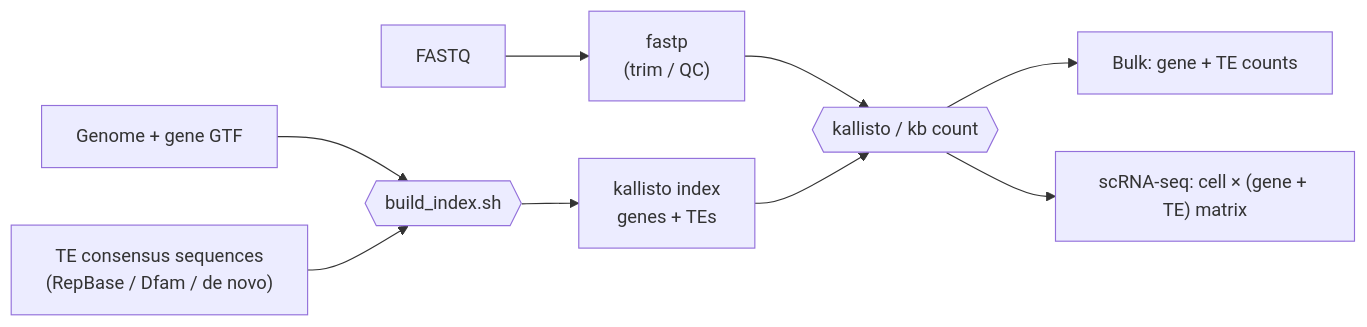
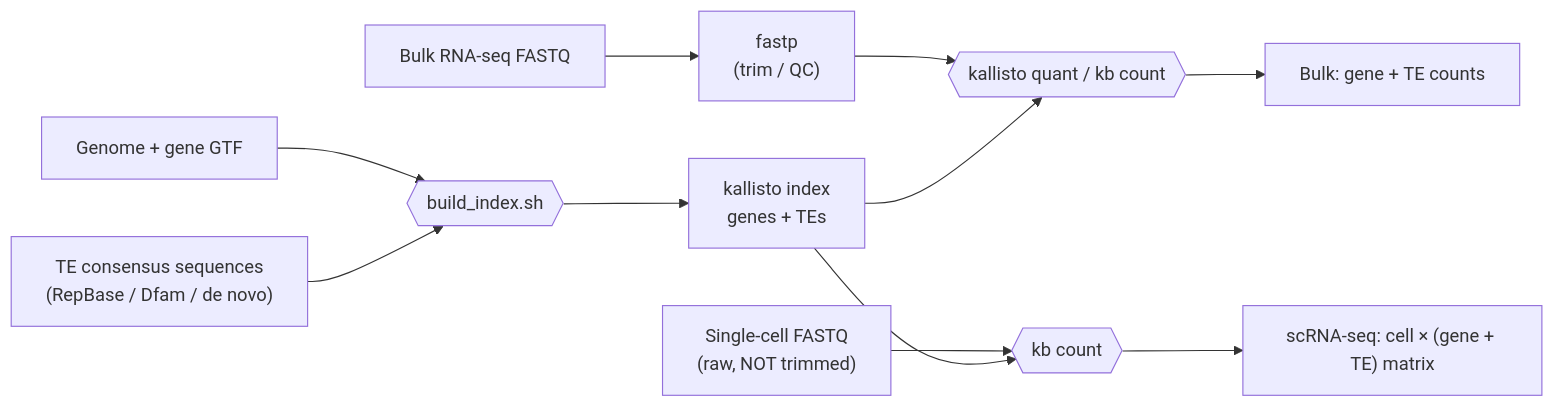
The diagram in README.md (issabrianzhang/kallisto-TE), drawn with Mermaid before and after one commit. The commit also changed 2 other files, not shown here.

Commit message:
Make the no-trimming rule for single-cell data explicit and enforced
- README diagram: bulk FASTQs go through fastp; single-cell FASTQs go
  straight to kb count ("raw, NOT trimmed"). Before, the diagram showed
  single-cell reads passing through fastp.
- run_fastp.sh: before trimming, check each paired sample. If read 1 is
  <= 30 bp and read 2 at least twice as long (10x / Drop-seq barcode +
  cDNA layout), explain why and stop. --force-sc overrides.
- docs/03: mention the safety check and add a troubleshooting row.

````diff
--- a/README.md
+++ b/README.md
@@ -19,11 +19,13 @@
 ```mermaid
 flowchart LR
     G["Genome + gene GTF"] --> R{{"build_index.sh"}}
     T["TE consensus sequences<br/>(RepBase / Dfam / de novo)"] --> R
     R --> I["kallisto index<br/>genes + TEs"]
-    F["FASTQ"] --> P["fastp<br/>(trim / QC)"]
-    P --> Q{{"kallisto / kb count"}}
-    I --> Q
-    Q --> B["Bulk: gene + TE counts"]
-    Q --> S["scRNA-seq: cell × (gene + TE) matrix"]
+    FB["Bulk RNA-seq FASTQ"] --> P["fastp<br/>(trim / QC)"]
+    P --> QB{{"kallisto quant / kb count"}}
+    FS["Single-cell FASTQ<br/>(raw, NOT trimmed)"] --> QS{{"kb count"}}
+    I --> QB
+    I --> QS
+    QB --> B["Bulk: gene + TE counts"]
+    QS --> S["scRNA-seq: cell × (gene + TE) matrix"]
 ```
````
